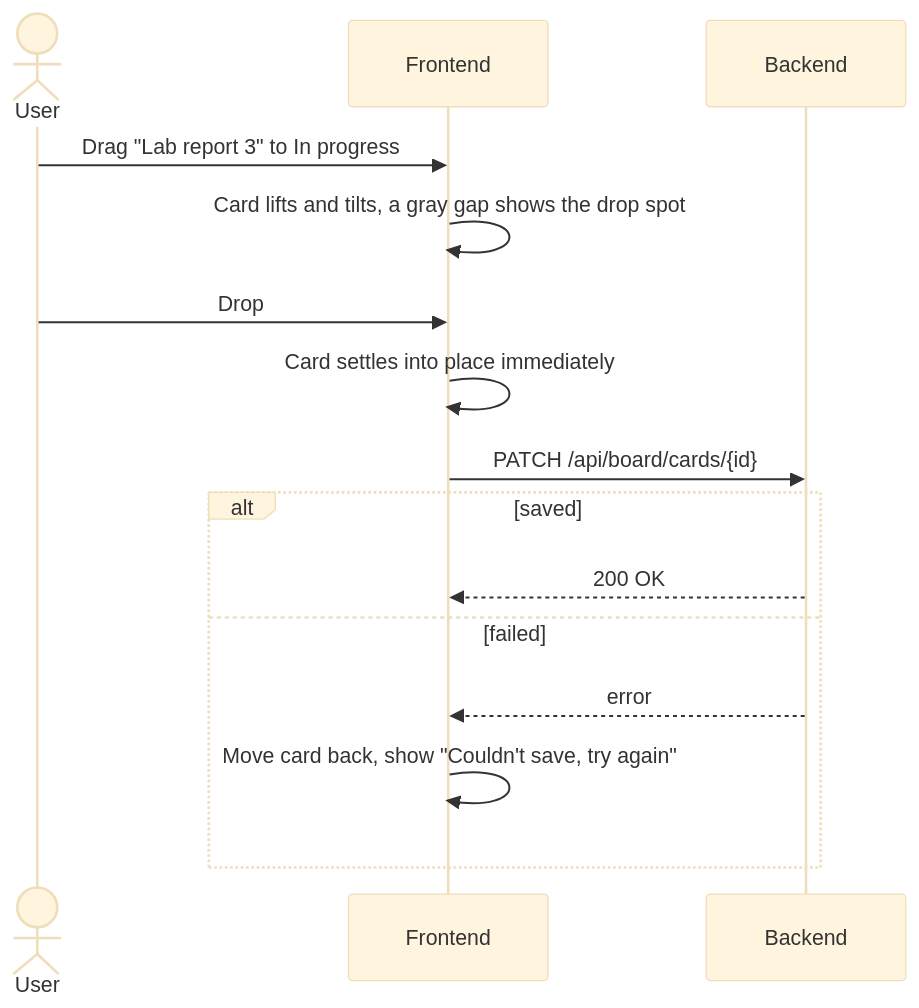
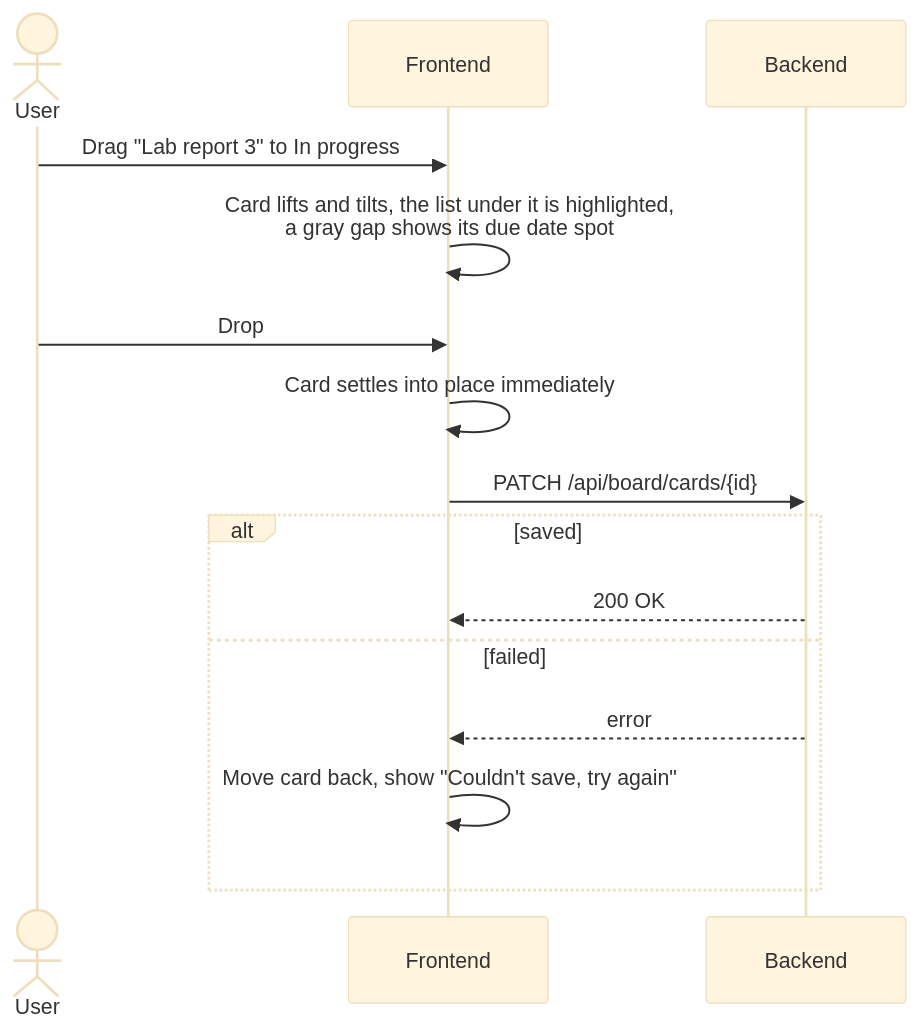
Before and after one commit to bbranton/TestProj: the fourth of 9 diagrams in docs/canvas-portal/04-wireframes-workflows.md, drawn with Mermaid (base theme). The commit also changed other lines of this file and 4 other files, not shown here.

First line of the commit message:
Always sort cards by due date within each list (FR-38)

````diff
--- a/docs/canvas-portal/04-wireframes-workflows.md
+++ b/docs/canvas-portal/04-wireframes-workflows.md
@@ -375,18 +378,18 @@
 ```mermaid
 sequenceDiagram
     actor U as User
     participant F as Frontend
     participant A as Backend
 
     U->>F: Drag "Lab report 3" to In progress
-    F->>F: Card lifts and tilts, a gray gap shows the drop spot
+    F->>F: Card lifts and tilts, the list under it is highlighted,<br/>a gray gap shows its due date spot
     U->>F: Drop
     F->>F: Card settles into place immediately
     F->>A: PATCH /api/board/cards/{id}
     alt saved
         A-->>F: 200 OK
     else failed
         A-->>F: error
         F->>F: Move card back, show "Couldn't save, try again"
     end
 ```
````
